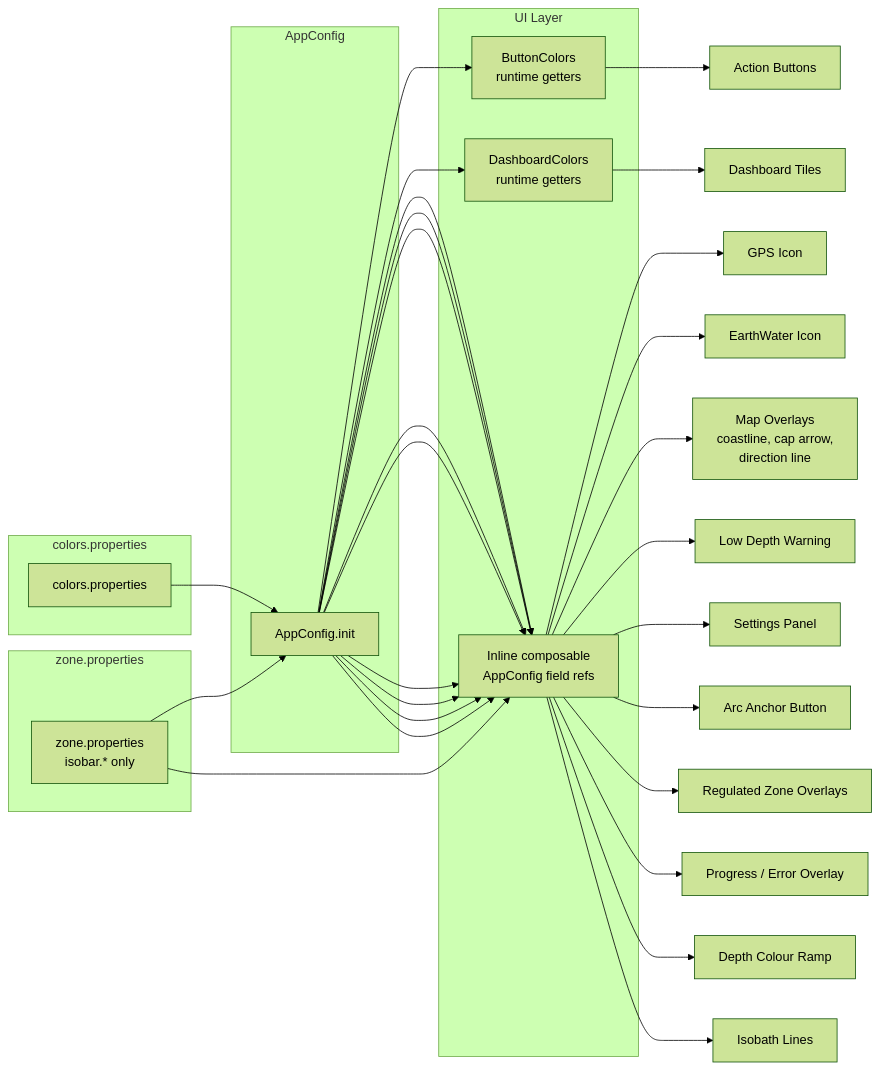
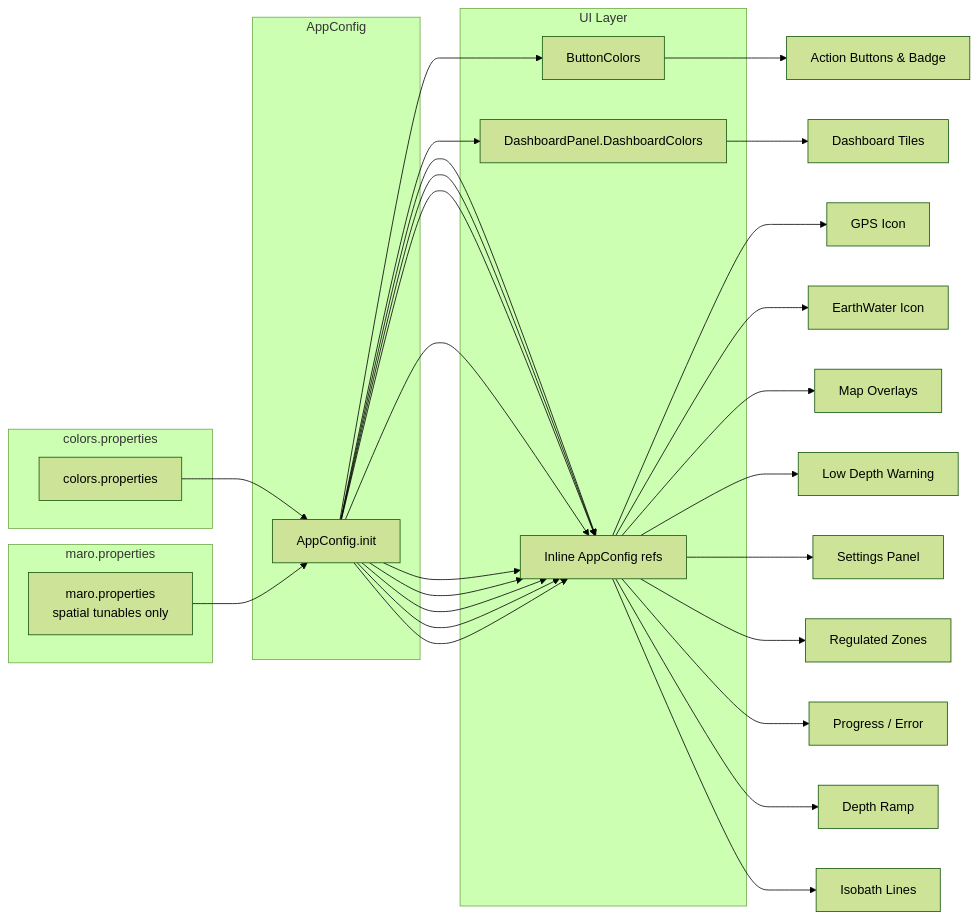
The diagram in docs/color-scheme.md (Acrimonis/Maro-II), drawn with Mermaid (forest theme) before and after one commit. The commit also changed other lines of this file, not shown here.

First line of the commit message:
Feature/more colors (#88)

````diff
--- a/docs/color-scheme.md
+++ b/docs/color-scheme.md
@@ -321,32 +311,31 @@
 ```mermaid
 flowchart LR
     subgraph colors.properties
         CP[colors.properties]
     end
-    subgraph zone.properties
-        ZP[zone.properties<br/>isobar.* only]
+    subgraph maro.properties
+        MP[maro.properties<br/>spatial tunables only]
     end
     subgraph AppConfig
         ZC[AppConfig.init]
     end
     subgraph UI Layer
-        BC[ButtonColors<br/>runtime getters]
-        DC[DashboardColors<br/>runtime getters]
-        IC[Inline composable<br/>AppConfig field refs]
+        BC[ButtonColors]
+        DC[DashboardPanel.DashboardColors]
+        IC[Inline AppConfig refs]
     end
 
     CP --> ZC
-    ZP --> ZC
-    ZC --> BC --> AB[Action Buttons]
+    MP --> ZC
+    ZC --> BC --> AB[Action Buttons & Badge]
     ZC --> DC --> DT[Dashboard Tiles]
     ZC --> IC --> GI[GPS Icon]
     ZC --> IC --> EI[EarthWater Icon]
-    ZC --> IC --> MO[Map Overlays<br/>coastline, cap arrow,<br/>direction line]
+    ZC --> IC --> MO[Map Overlays]
     ZC --> IC --> LW[Low Depth Warning]
     ZC --> IC --> SP[Settings Panel]
-    ZC --> IC --> AA[Arc Anchor Button]
-    ZC --> IC --> RZ[Regulated Zone Overlays]
-    ZC --> IC --> PE[Progress / Error Overlay]
-    ZC --> IC --> DR[Depth Colour Ramp]
-    ZP --> IC --> IB[Isobath Lines]
+    ZC --> IC --> RZ[Regulated Zones]
+    ZC --> IC --> PE[Progress / Error]
+    ZC --> IC --> DR[Depth Ramp]
+    ZC --> IC --> IB[Isobath Lines]
 ```
````
